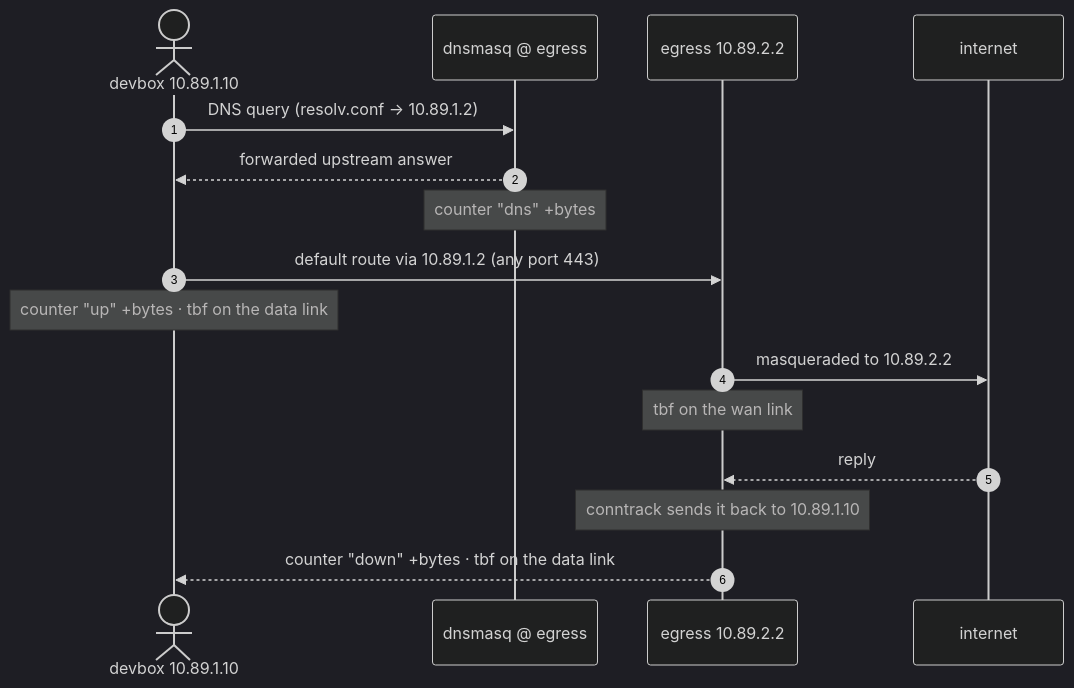
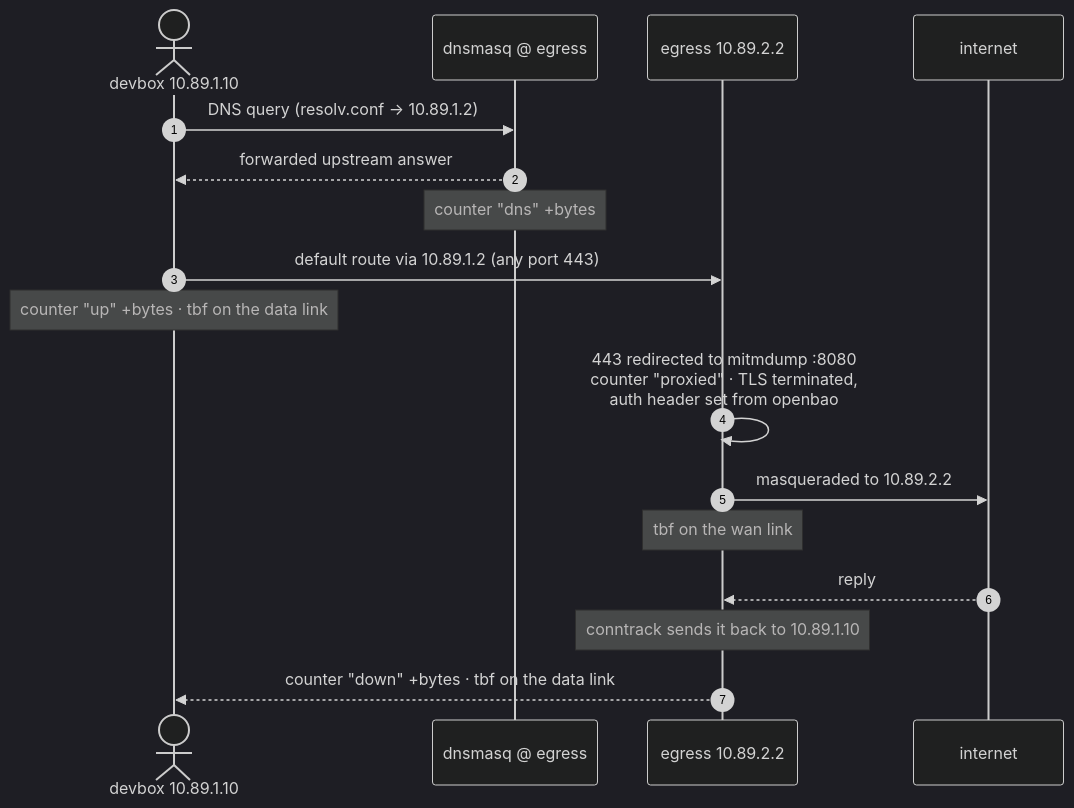
The third of 4 diagrams in sandbox/README.md (TreeHappy/Worktainer), drawn with Mermaid (dark theme) before and after one commit. The commit also changed other lines of this file and 1 other file, not shown here.

````diff
--- a/sandbox/README.md
+++ b/sandbox/README.md
@@ -145,20 +181,21 @@
 ```mermaid
 sequenceDiagram
     autonumber
     actor D as devbox 10.89.1.10
     participant M as dnsmasq @ egress
     participant E as egress 10.89.2.2
     participant W as internet
 
     D->>M: DNS query (resolv.conf → 10.89.1.2)
     M-->>D: forwarded upstream answer
     Note over M: counter "dns" +bytes
 
     D->>E: default route via 10.89.1.2 (any port 443)
     Note over D: counter "up" +bytes · tbf on the data link
+    E->>E: 443 redirected to mitmdump :8080<br/>counter "proxied" · TLS terminated,<br/>auth header set from openbao
     E->>W: masqueraded to 10.89.2.2
     Note over E: tbf on the wan link
     W-->>E: reply
     Note over E: conntrack sends it back to 10.89.1.10
     E-->>D: counter "down" +bytes · tbf on the data link
 ```
````
